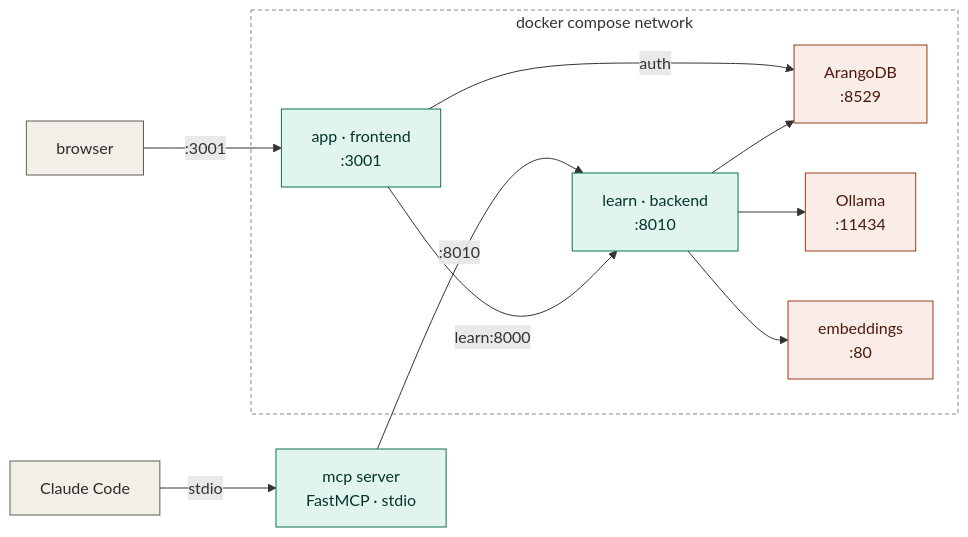
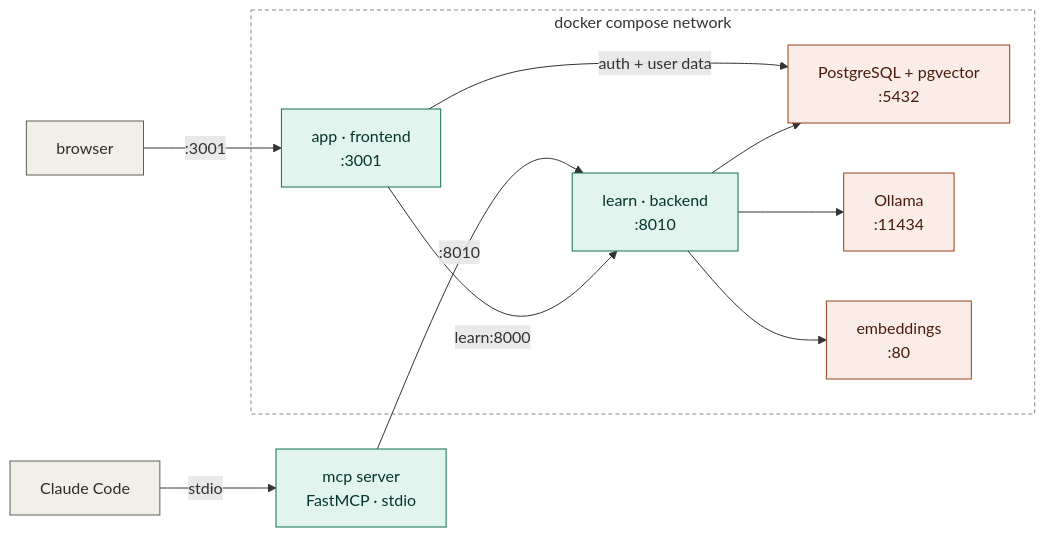
The first of 4 diagrams in MAP.md (Aiden-Ferrante/learnhub-core), drawn with Mermaid before and after one commit. The commit also changed other lines of this file and 3 other files, not shown here.

First line of the commit message:
Refresh MAP.md + ARCHITECTURE.md for the Postgres migration

````diff
--- a/MAP.md
+++ b/MAP.md
@@ -22,36 +22,36 @@
 ```mermaid
 flowchart LR
   browser["browser"]
   claude["Claude Code"]
 
   subgraph compose["docker compose network"]
     app["app · frontend<br/>:3001"]
     learn["learn · backend<br/>:8010"]
-    arango["ArangoDB<br/>:8529"]
+    pg["PostgreSQL + pgvector<br/>:5432"]
     ollama["Ollama<br/>:11434"]
     embed["embeddings<br/>:80"]
   end
 
   mcp["mcp server<br/>FastMCP · stdio"]
 
   browser -->|:3001| app
   claude -->|stdio| mcp
   mcp -->|:8010| learn
   app -->|learn:8000| learn
-  app -->|auth| arango
-  learn --> arango
+  app -->|auth + user data| pg
+  learn --> pg
   learn --> ollama
   learn --> embed
 
   classDef client fill:#F1EFE8,stroke:#5F5E5A,color:#2C2C2A;
   classDef built fill:#E1F5EE,stroke:#0F6E56,color:#04342C;
   classDef tool fill:#FAECE7,stroke:#993C1D,color:#4A1B0C;
   class browser,claude client;
   class app,learn,mcp built;
-  class arango,ollama,embed tool;
+  class pg,ollama,embed tool;
   style compose fill:none,stroke:#888780,stroke-dasharray:4 3;
 
   click app "https://github.com/Aiden-Ferrante/learnhub/tree/main/frontend" "frontend/"
   click learn "https://github.com/Aiden-Ferrante/learnhub/tree/main/backend" "backend/"
   click mcp "https://github.com/Aiden-Ferrante/learnhub/blob/main/mcp/server.py" "mcp/server.py"
 ```
````
